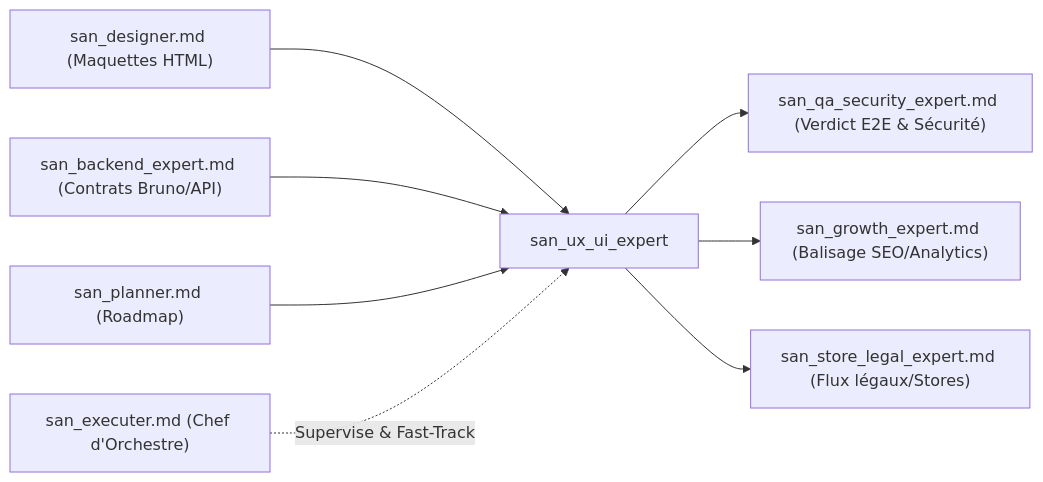
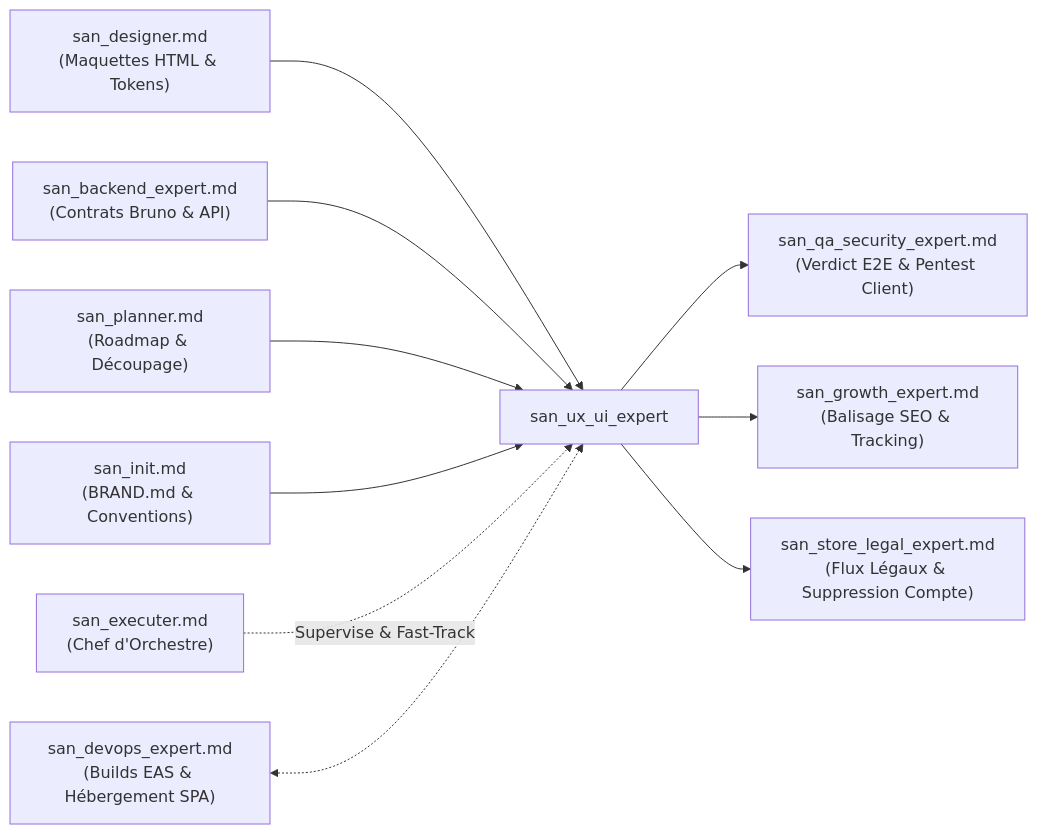
The second of 2 diagrams in skills/san_ux_ui_expert.md (alexsan-dev/san_agy_framework), drawn with Mermaid before and after one commit. The commit also changed other lines of this file and 41 other files, not shown here.

Commit message:
feat(phase3): packaging and automated testing of onboarding & scoping core (san_init, san_brainstorming, san_planner)

````diff
--- a/skills/san_ux_ui_expert.md
+++ b/skills/san_ux_ui_expert.md
@@ -194,10 +511,12 @@
 ```mermaid
 graph LR
-    san_designer["san_designer.md (Maquettes HTML)"] --> san_ux_ui_expert
-    san_backend_expert["san_backend_expert.md (Contrats Bruno/API)"] --> san_ux_ui_expert
-    san_planner["san_planner.md (Roadmap)"] --> san_ux_ui_expert
-    san_ux_ui_expert --> san_qa_security_expert["san_qa_security_expert.md (Verdict E2E & Sécurité)"]
-    san_ux_ui_expert --> san_growth_expert["san_growth_expert.md (Balisage SEO/Analytics)"]
-    san_ux_ui_expert --> san_store_legal_expert["san_store_legal_expert.md (Flux légaux/Stores)"]
-    san_executer["san_executer.md (Chef d'Orchestre)"] -.->|Supervise & Fast-Track| san_ux_ui_expert
+    san_designer["san_designer.md\n(Maquettes HTML & Tokens)"] --> san_ux_ui_expert
+    san_backend_expert["san_backend_expert.md\n(Contrats Bruno & API)"] --> san_ux_ui_expert
+    san_planner["san_planner.md\n(Roadmap & Découpage)"] --> san_ux_ui_expert
+    san_init["san_init.md\n(BRAND.md & Conventions)"] --> san_ux_ui_expert
+    san_ux_ui_expert --> san_qa_security_expert["san_qa_security_expert.md\n(Verdict E2E & Pentest Client)"]
+    san_ux_ui_expert --> san_growth_expert["san_growth_expert.md\n(Balisage SEO & Tracking)"]
+    san_ux_ui_expert --> san_store_legal_expert["san_store_legal_expert.md\n(Flux Légaux & Suppression Compte)"]
+    san_executer["san_executer.md\n(Chef d'Orchestre)"] -.->|Supervise & Fast-Track| san_ux_ui_expert
+    san_devops_expert["san_devops_expert.md\n(Builds EAS & Hébergement SPA)"] <-.-> san_ux_ui_expert
 ```
````
